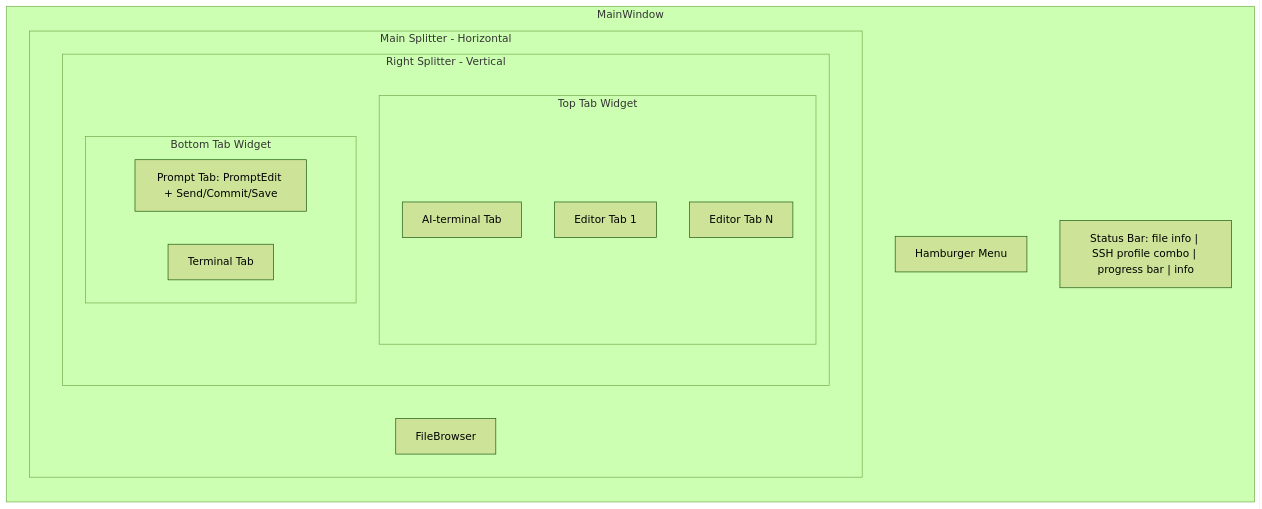
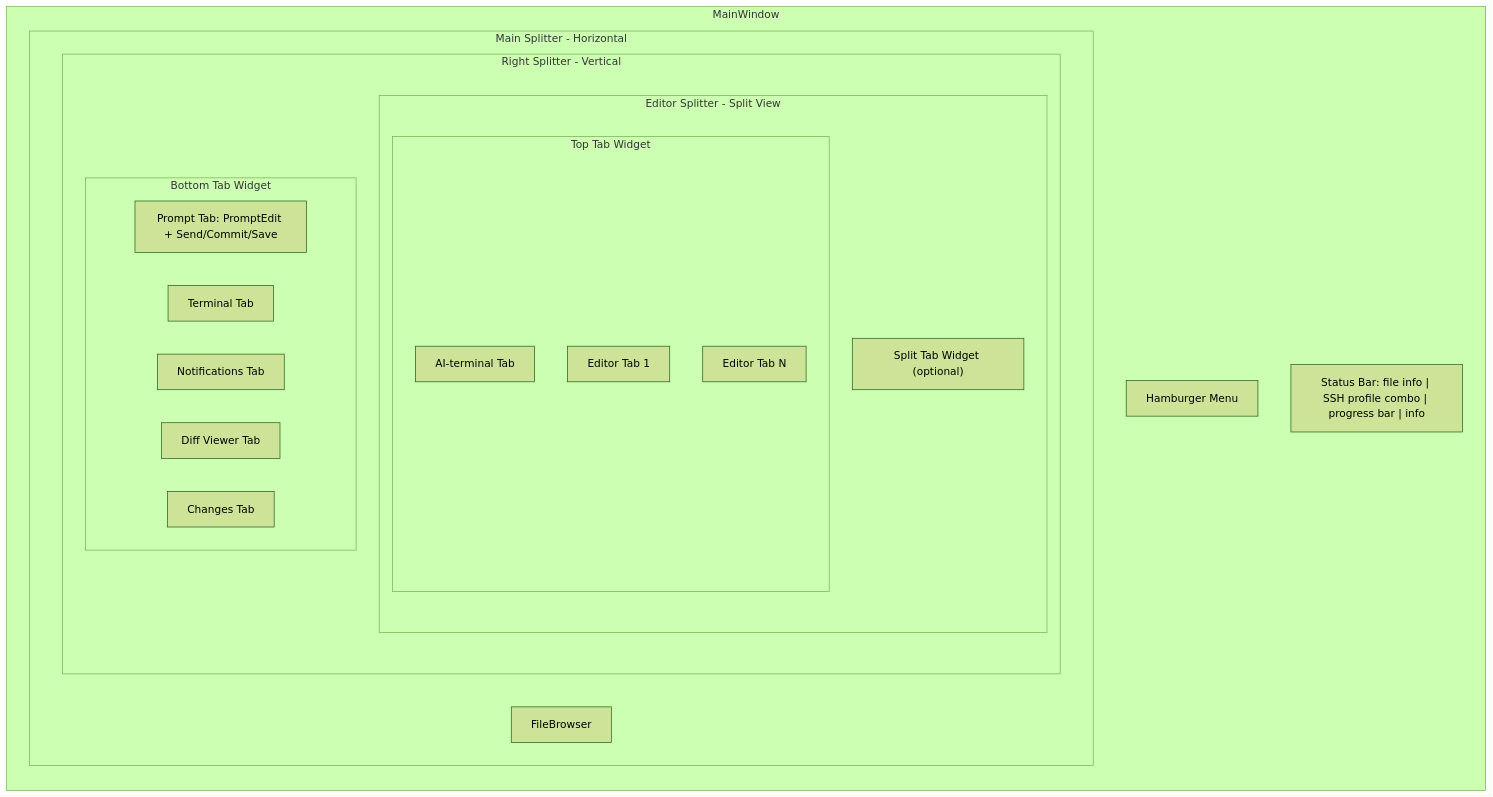
One commit to dkrse/vibe-coder changed the first of 14 diagrams in docs/diagrams.md. Above: the diagram before and after it, drawn with Mermaid (forest theme). The commit also changed other lines of this file and 20 other files, not shown here.

````diff
--- a/docs/diagrams.md
+++ b/docs/diagrams.md
@@ -5,27 +5,33 @@
 ```mermaid
 graph TB
     subgraph MainWindow
         direction TB
         HM[Hamburger Menu]
         SB["Status Bar: file info | SSH profile combo | progress bar | info"]
 
         subgraph MainSplitter[Main Splitter - Horizontal]
             direction LR
             FB[FileBrowser]
 
             subgraph RightSplitter[Right Splitter - Vertical]
                 direction TB
-                subgraph TabWidget[Top Tab Widget]
-                    T0[AI-terminal Tab]
-                    T1[Editor Tab 1]
-                    T2[Editor Tab N]
+                subgraph EditorSplitter[Editor Splitter - Split View]
+                    subgraph TabWidget[Top Tab Widget]
+                        T0[AI-terminal Tab]
+                        T1[Editor Tab 1]
+                        T2[Editor Tab N]
+                    end
+                    STW["Split Tab Widget (optional)"]
                 end
 
                 subgraph BottomTabWidget[Bottom Tab Widget]
                     PT[Prompt Tab: PromptEdit + Send/Commit/Save]
                     BT[Terminal Tab]
+                    NT[Notifications Tab]
+                    DV[Diff Viewer Tab]
+                    CM[Changes Tab]
                 end
             end
         end
     end
 ```
````
